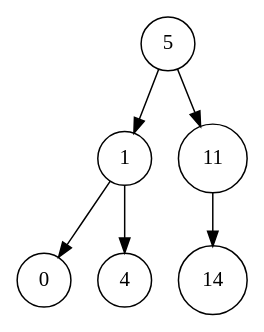
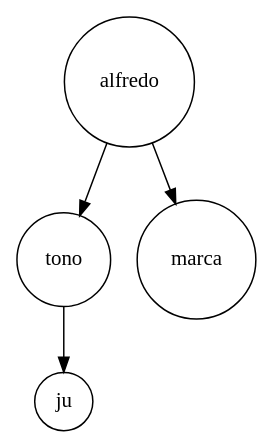
Before and after one commit to Brandon22023/-EDD-Proyecto1_202300813: the diagram in Proyecto1/cmake-build-debug/arbolAVL.dot, drawn with Graphviz. The commit also changed 26 other files, not shown here.

```diff
--- a/Proyecto1/cmake-build-debug/arbolAVL.dot
+++ b/Proyecto1/cmake-build-debug/arbolAVL.dot
@@ -1,15 +1,11 @@
 digraph G {
 	node [shape = circle];
-	n0[label="5"];
+	n0[label="alfredo"];
 	n0 -> n1;
-	n1[label="1"];
+	n1[label="tono"];
 	n1 -> n2;
-	n2[label="0"];
-	n1 -> n3;
-	n3[label="4"];
-	n0 -> n4;
-	n4[label="11"];
-	n4 -> n5;
-	n5[label="14"];
+	n2[label="ju"];
+	n0 -> n3;
+	n3[label="marca"];
 	
 }
```
